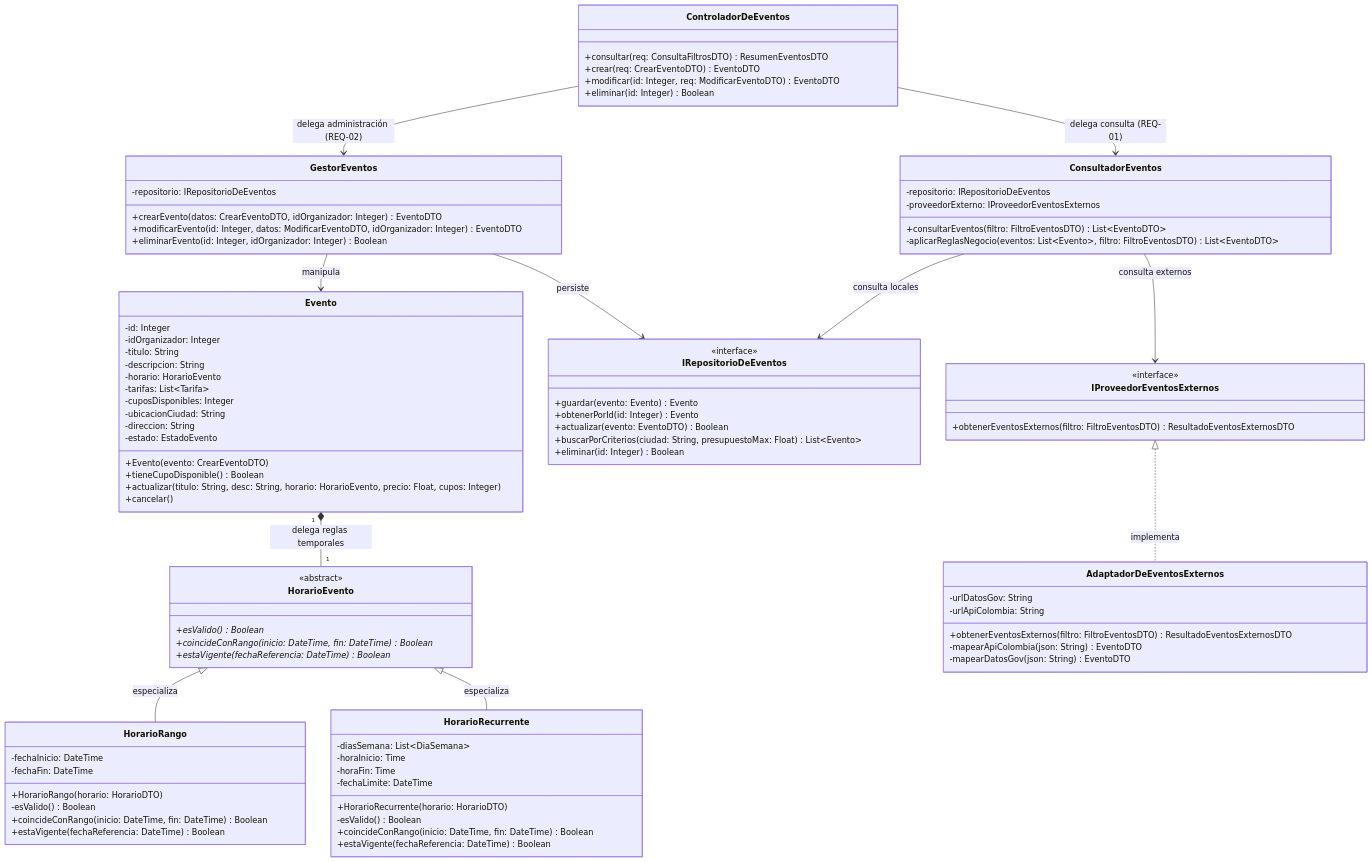
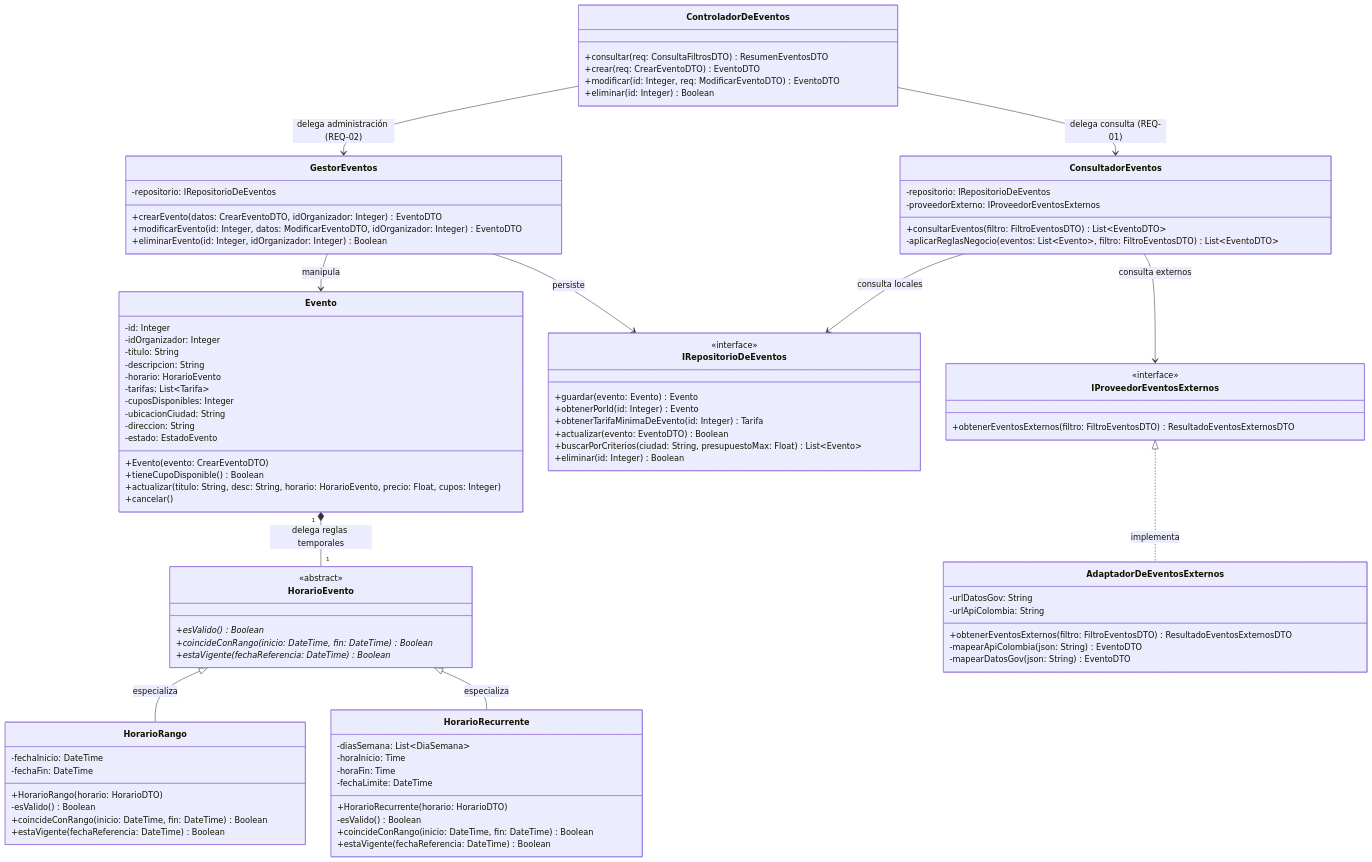
The second of 3 diagrams in Docs/Design/Diseño Arquitectónico detallado 01.md (ProyectPlanning/Sistema_de_eventos), drawn with Mermaid before and after one commit.

Commit message:
Add method to obtain minimum event rate

```diff
--- a/Docs/Design/Diseño Arquitectónico detallado 01.md
+++ b/Docs/Design/Diseño Arquitectónico detallado 01.md
@@ -210,6 +210,7 @@
         <<interface>>
         +guardar(evento: Evento) Evento
         +obtenerPorId(id: Integer) Evento
+        +obtenerTarifaMinimaDeEvento(id: Integer) Tarifa
         +actualizar(evento: EventoDTO) Boolean
         +buscarPorCriterios(ciudad: String, presupuestoMax: Float) List~Evento~
         +eliminar(id: Integer) Boolean
```
